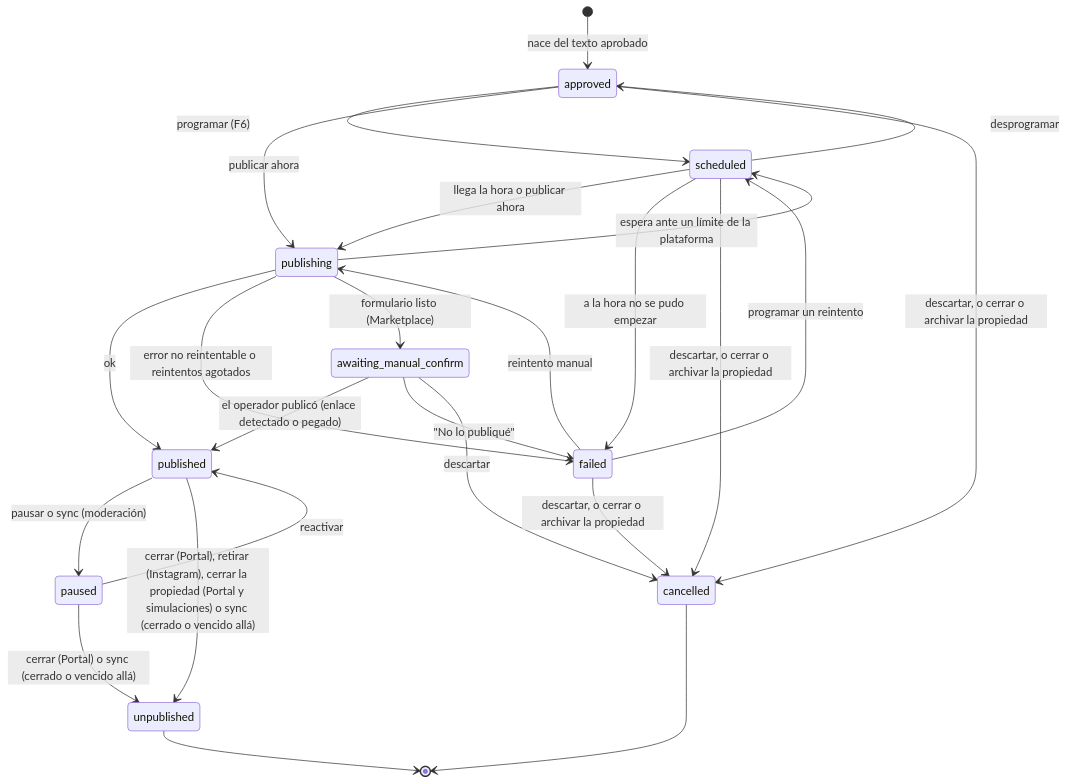
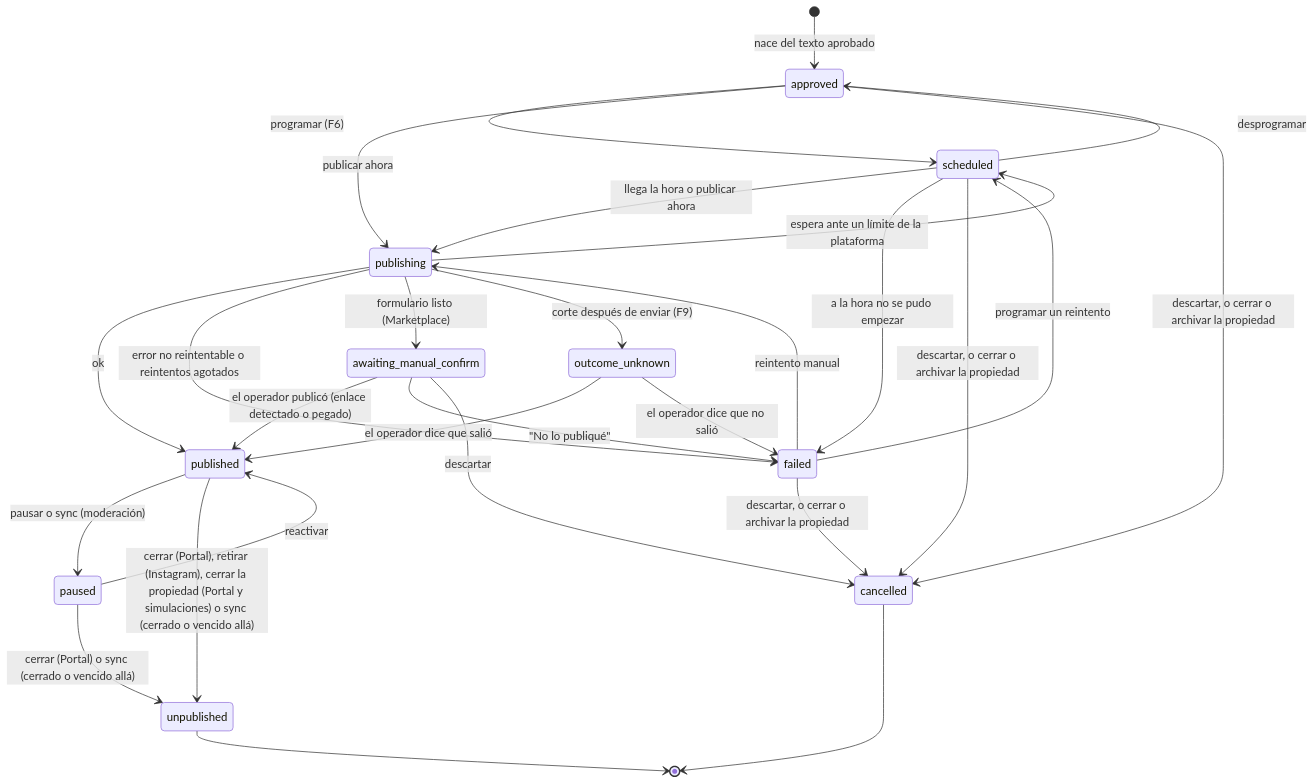
Before and after one commit to vicentewolde/AgentSales: the second of 2 diagrams in docs/01-arquitectura.md, drawn with Mermaid. The commit also changed other lines of this file and 58 other files, not shown here.

First line of the commit message:
feat(core): plataformas nuevas, marcas y el estado outcome_unknown (F9-T01)

````diff
--- a/docs/01-arquitectura.md
+++ b/docs/01-arquitectura.md
@@ -198,27 +198,30 @@
 ```mermaid
 stateDiagram-v2
   [*] --> approved: nace del texto aprobado
   approved --> scheduled: programar (F6)
   approved --> publishing: publicar ahora
   scheduled --> publishing: llega la hora o publicar ahora
   scheduled --> approved: desprogramar
   scheduled --> failed: a la hora no se pudo empezar
   publishing --> published: ok
   publishing --> failed: error no reintentable o reintentos agotados
   publishing --> scheduled: espera ante un límite de la plataforma
   failed --> publishing: reintento manual
   failed --> scheduled: programar un reintento
   published --> paused: pausar o sync (moderación)
   paused --> published: reactivar
   published --> unpublished: cerrar (Portal), retirar (Instagram), cerrar la propiedad (Portal y simulaciones) o sync (cerrado o vencido allá)
   paused --> unpublished: cerrar (Portal) o sync (cerrado o vencido allá)
   publishing --> awaiting_manual_confirm: formulario listo (Marketplace)
   awaiting_manual_confirm --> published: el operador publicó (enlace detectado o pegado)
   awaiting_manual_confirm --> failed: "No lo publiqué"
+  publishing --> outcome_unknown: corte después de enviar (F9)
+  outcome_unknown --> published: el operador dice que salió
+  outcome_unknown --> failed: el operador dice que no salió
   unpublished --> [*]
   approved --> cancelled: descartar, o cerrar o archivar la propiedad
   scheduled --> cancelled: descartar, o cerrar o archivar la propiedad
   failed --> cancelled: descartar, o cerrar o archivar la propiedad
   awaiting_manual_confirm --> cancelled: descartar
   cancelled --> [*]
 ```
````
